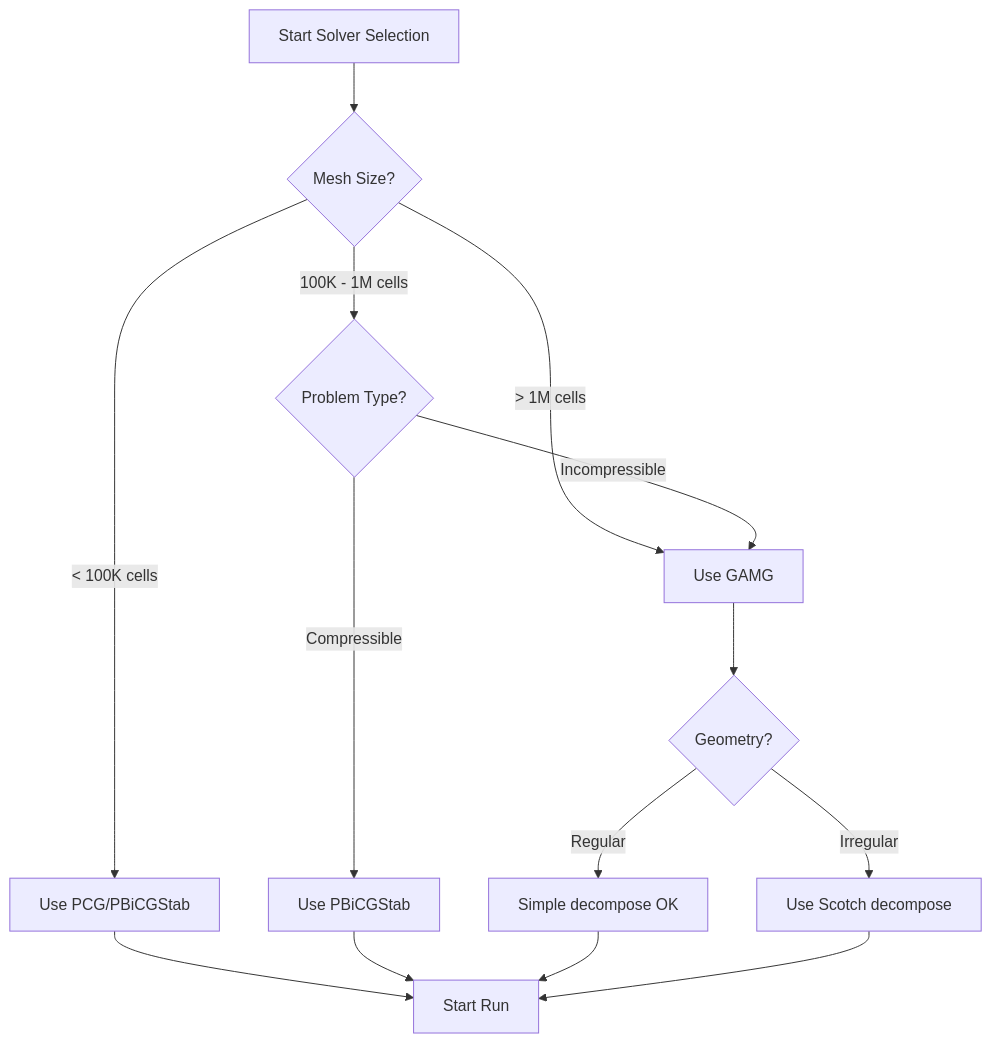
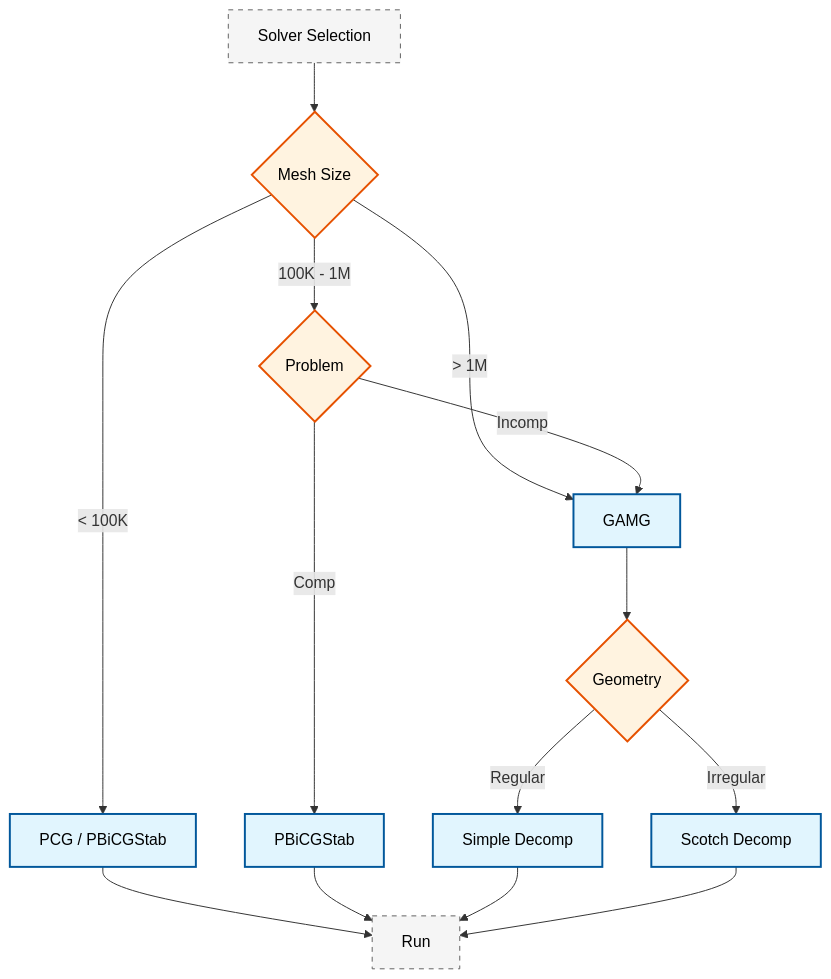
Before and after one commit to wramet/build-my-cfd: the second of 2 diagrams in MODULE_07_UTILITIES_AUTOMATION/CONTENT/06_PARALLEL_COMPUTING/02_Performance_Monitoring.md, drawn with Mermaid. The commit also changed other lines of this file and 313 other files, not shown here.

Commit message:
Revise all diagram

````diff
--- a/MODULE_07_UTILITIES_AUTOMATION/CONTENT/06_PARALLEL_COMPUTING/02_Performance_Monitoring.md
+++ b/MODULE_07_UTILITIES_AUTOMATION/CONTENT/06_PARALLEL_COMPUTING/02_Performance_Monitoring.md
@@ -1081,20 +1079,16 @@
 ```mermaid
 flowchart TD
-    A[Start Solver Selection] --> B{Mesh Size?}
-
-    B -->|< 100K cells| C[Use PCG/PBiCGStab]
-    B -->|100K - 1M cells| D{Problem Type?}
-    B -->|> 1M cells| E[Use GAMG]
-
-    D -->|Incompressible| E
-    D -->|Compressible| F[Use PBiCGStab]
-
-    E --> G{Geometry?}
-    G -->|Regular| H[Simple decompose OK]
-    G -->|Irregular| I[Use Scotch decompose]
-
-    C --> J[Start Run]
-    F --> J
-    H --> J
-    I --> J
+classDef implicit fill:#e1f5fe,stroke:#01579b,stroke-width:2px,color:#000
+classDef explicit fill:#fff3e0,stroke:#e65100,stroke-width:2px,color:#000
+classDef context fill:#f5f5f5,stroke:#616161,stroke-width:1px,color:#000,stroke-dasharray: 5 5
+A[Solver Selection]:::context --> B{Mesh Size}:::explicit
+B -->|< 100K| C[PCG / PBiCGStab]:::implicit
+B -->|100K - 1M| D{Problem}:::explicit
+B -->|> 1M| E[GAMG]:::implicit
+D -->|Incomp| E
+D -->|Comp| F[PBiCGStab]:::implicit
+E --> G{Geometry}:::explicit
+G -->|Regular| H[Simple Decomp]:::implicit
+G -->|Irregular| I[Scotch Decomp]:::implicit
+C & F & H & I --> J[Run]:::context
 ```
````
